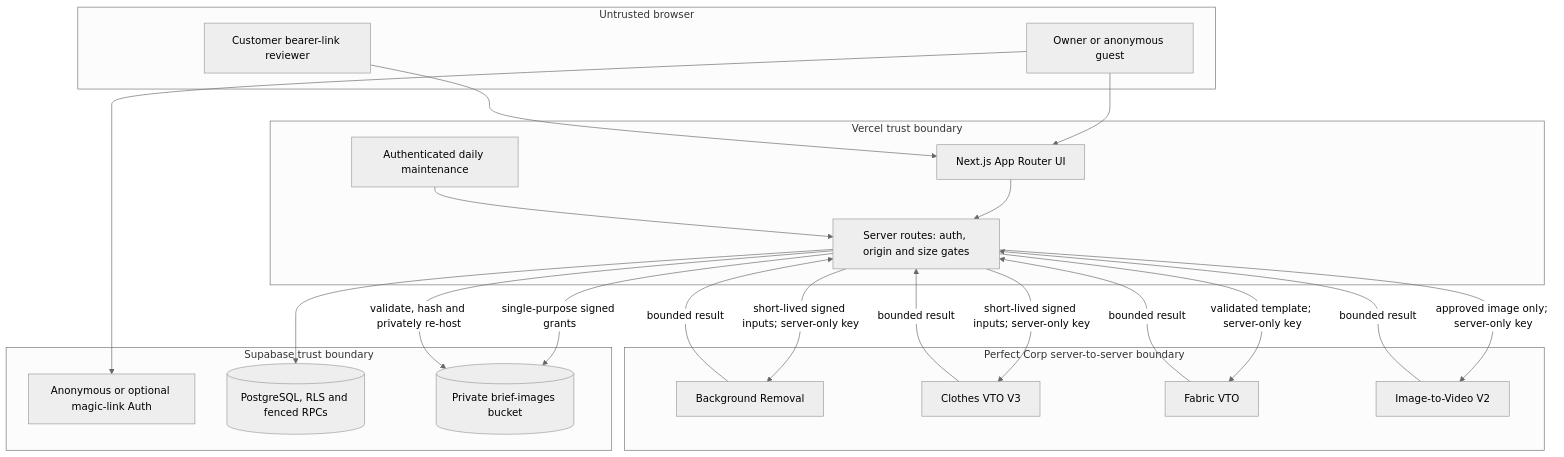
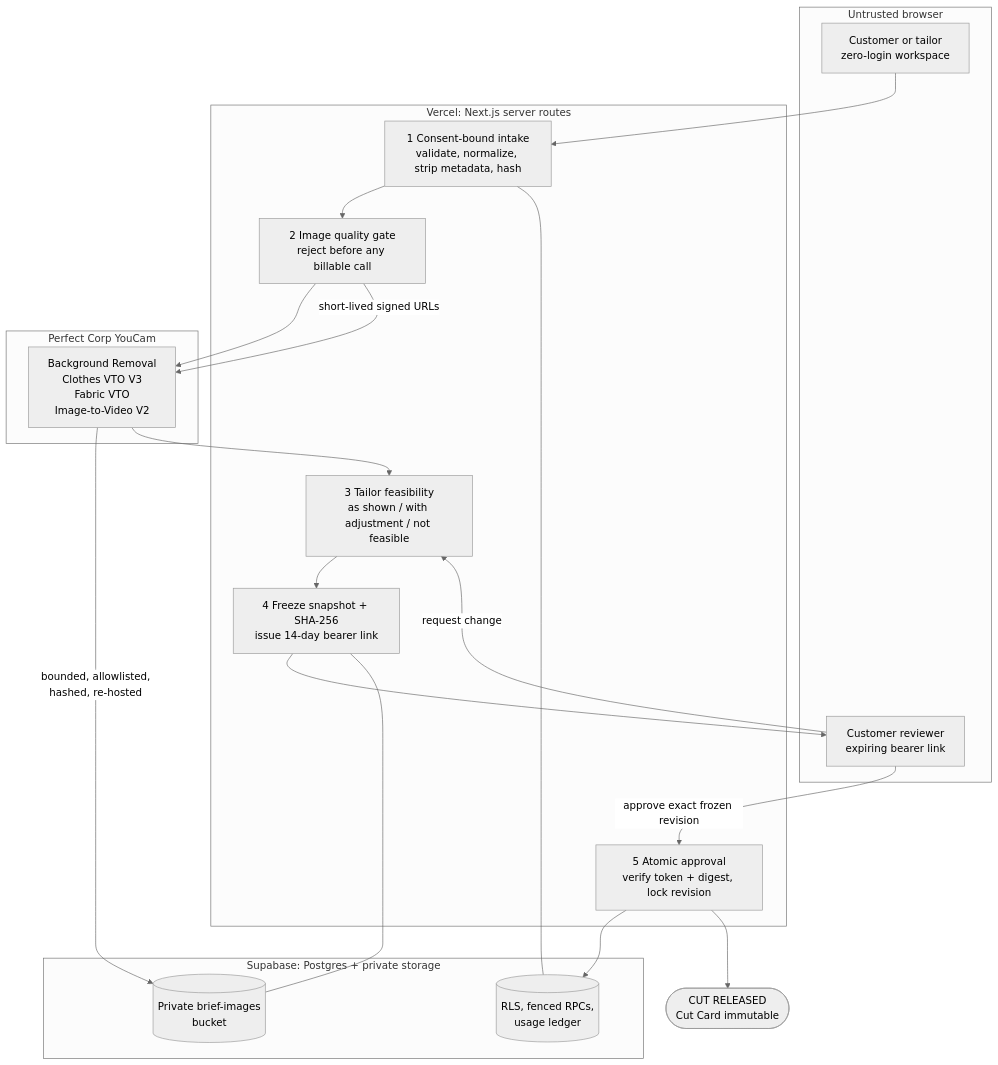
One commit to usv240/patternproof changed the diagram in README.md. Above: the diagram before and after it, drawn with Mermaid (neutral theme). The commit also changed other lines of this file and 1 other file, not shown here.

````diff
--- a/README.md
+++ b/README.md
@@ -67,43 +79,37 @@
 ```mermaid
 flowchart TB
-    subgraph Client[Untrusted browser]
-        O[Owner or anonymous guest]
-        C[Customer bearer-link reviewer]
+    subgraph Browser["Untrusted browser"]
+        O["Customer or tailor<br/>zero-login workspace"]
+        C["Customer reviewer<br/>expiring bearer link"]
     end
 
-    subgraph Vercel[Vercel trust boundary]
-        UI[Next.js App Router UI]
-        API[Server routes: auth, origin and size gates]
-        CRON[Authenticated daily maintenance]
+    subgraph App["Vercel: Next.js server routes"]
+        I["1 Consent-bound intake<br/>validate, normalize, strip metadata, hash"]
+        Q["2 Image quality gate<br/>reject before any billable call"]
+        F["3 Tailor feasibility<br/>as shown / with adjustment / not feasible"]
+        R["4 Freeze snapshot + SHA-256<br/>issue 14-day bearer link"]
+        A["5 Atomic approval<br/>verify token + digest, lock revision"]
     end
 
-    subgraph Supabase[Supabase trust boundary]
-        AUTH[Anonymous or optional magic-link Auth]
-        DB[(PostgreSQL, RLS and fenced RPCs)]
-        STORE[(Private brief-images bucket)]
+    subgraph Store["Supabase: Postgres + private storage"]
+        DB[("RLS, fenced RPCs,<br/>usage ledger")]
+        S[("Private brief-images<br/>bucket")]
     end
 
-    subgraph PerfectCorp[Perfect Corp server-to-server boundary]
-        BG[Background Removal]
-        VTO[Clothes VTO V3]
-        FAB[Fabric VTO]
-        VID[Image-to-Video V2]
+    subgraph YC["Perfect Corp YouCam"]
+        V["Background Removal<br/>Clothes VTO V3<br/>Fabric VTO<br/>Image-to-Video V2"]
     end
 
-    O --> UI
-    C --> UI
-    UI --> API
-    O --> AUTH
-    API --> DB
-    API -->|single-purpose signed grants| STORE
-    API -->|short-lived signed inputs; server-only key| BG
-    API -->|short-lived signed inputs; server-only key| VTO
-    API -->|validated template; server-only key| FAB
-    API -->|approved image only; server-only key| VID
-    BG -->|bounded result| API
-    VTO -->|bounded result| API
-    FAB -->|bounded result| API
-    VID -->|bounded result| API
-    API -->|validate, hash and privately re-host| STORE
-    CRON --> API
+    O --> I --> Q --> V
+    V -->|"bounded, allowlisted,<br/>hashed, re-hosted"| S
+    Q -->|"short-lived signed URLs"| V
+    V --> F --> R --> C
+    C -->|"approve exact frozen revision"| A
+    C -->|"request change"| F
+    A --> DB
+    I --- DB
+    R --- S
+
+    CUT(["CUT RELEASED<br/>Cut Card immutable"])
+    A --> CUT
 ```
````
